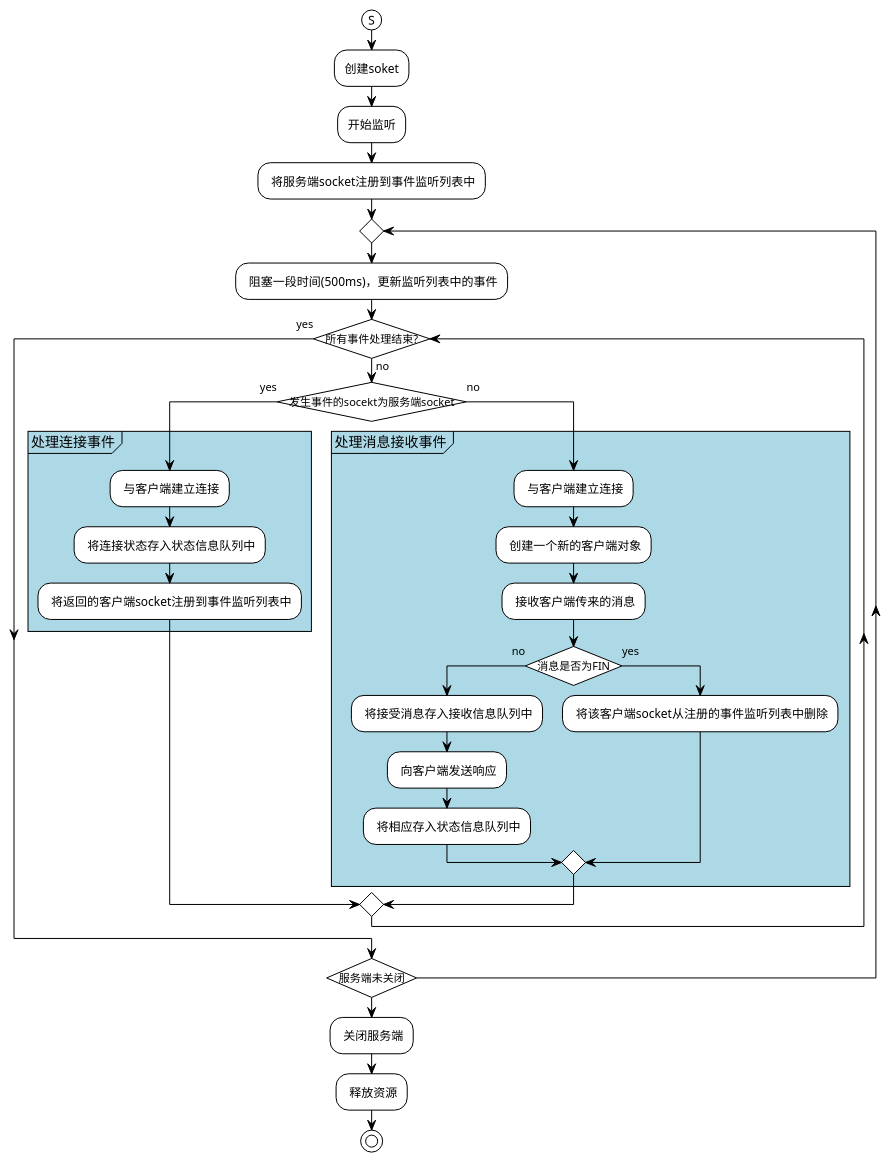
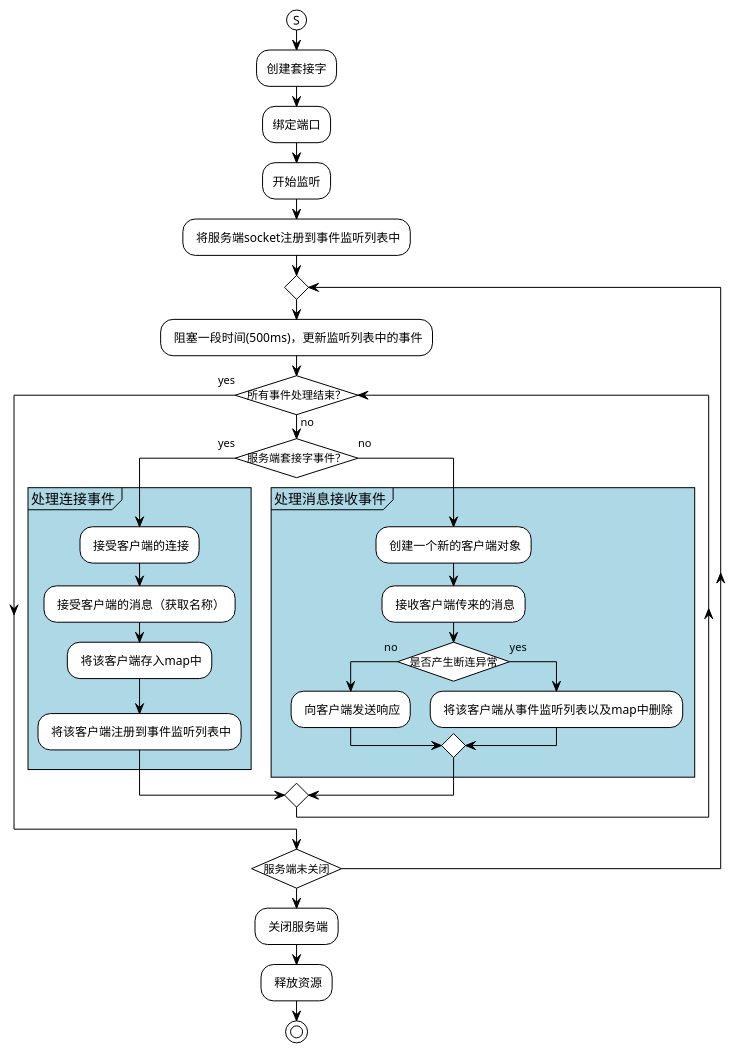
The diagram in doc/serverNode.puml (CJY-C/tcp), drawn with PlantUML before and after one commit. The commit also changed 62 other files, not shown here.

```diff
--- a/doc/serverNode.puml
+++ b/doc/serverNode.puml
@@ -1,38 +1,37 @@
 @startuml
 !theme plain
 skinparam conditionStyle InsideDiamond
 |服务端线程|
 /' start '/
 (S)
-:创建soket;
+:创建套接字;
+:绑定端口;
 :开始监听;
 : 将服务端socket注册到事件监听列表中;
 repeat 
     : 阻塞一段时间(500ms)，更新监听列表中的事件;
-    while (所有事件处理结束?) is (no)
-        if (发生事件的socekt为服务端socket) then (yes)
+    while (所有事件处理结束？) is (no)
+        if (服务端套接字事件？) then (yes)
             partition 处理连接事件 #lightblue
-            : 与客户端建立连接;
-            : 将连接状态存入状态信息队列中;
-            : 将返回的客户端socket注册到事件监听列表中;
+            : 接受客户端的连接;
+            : 接受客户端的消息（获取名称）;
+            : 将该客户端存入map中;
+            : 将该客户端注册到事件监听列表中;
         }
         else (no)
             partition 处理消息接收事件 #lightblue
-            : 与客户端建立连接;
             : 创建一个新的客户端对象;
             : 接收客户端传来的消息;
-            if (消息是否为FIN) then (no)
-                : 将接受消息存入接收信息队列中;
+            if (是否产生断连异常) then (no)
                 : 向客户端发送响应;
-                : 将相应存入状态信息队列中;
             else (yes)
-                : 将该客户端socket从注册的事件监听列表中删除;
+                : 将该客户端从事件监听列表以及map中删除;
             endif
         }
         endif
     end while (yes)
 repeat while (服务端未关闭)
 : 关闭服务端;
 : 释放资源;
 stop
 @enduml
```
